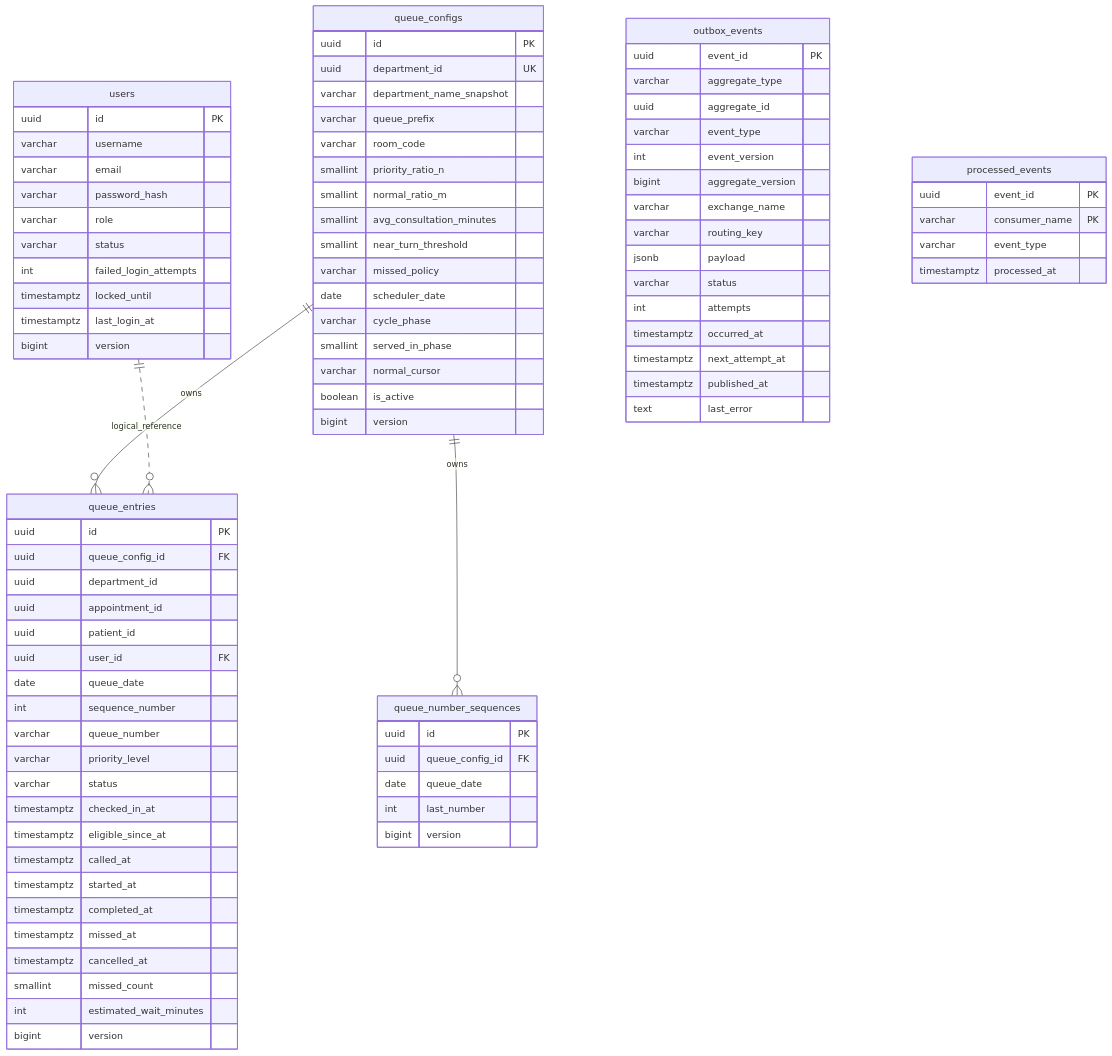
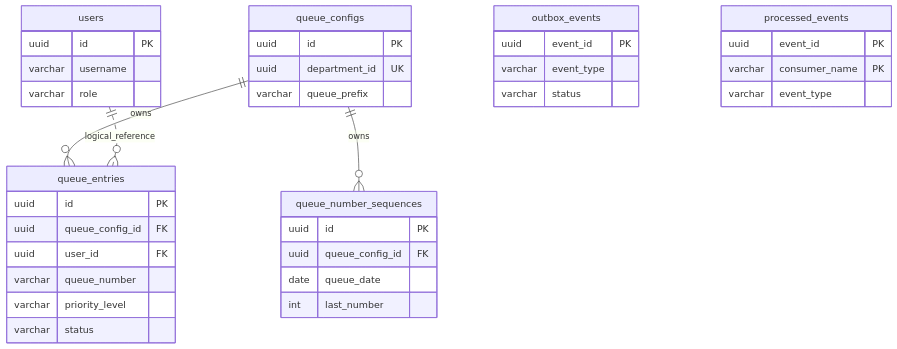
One commit to ntkhai268/careflow changed the diagram in README.md. Above: the diagram before and after it, drawn with Mermaid.

Commit message:
docs: simplify Mermaid ERD schema attributes for better layout

```diff
--- a/README.md
+++ b/README.md
@@ -97,33 +97,13 @@
     users {
         uuid id PK
         varchar username
-        varchar email
-        varchar password_hash
         varchar role
-        varchar status
-        int failed_login_attempts
-        timestamptz locked_until
-        timestamptz last_login_at
-        bigint version
     }
 
     queue_configs {
         uuid id PK
         uuid department_id UK
-        varchar department_name_snapshot
         varchar queue_prefix
-        varchar room_code
-        smallint priority_ratio_n
-        smallint normal_ratio_m
-        smallint avg_consultation_minutes
-        smallint near_turn_threshold
-        varchar missed_policy
-        date scheduler_date
-        varchar cycle_phase
-        smallint served_in_phase
-        varchar normal_cursor
-        boolean is_active
-        bigint version
     }
 
     queue_number_sequences {
@@ -131,56 +111,27 @@
         uuid queue_config_id FK
         date queue_date
         int last_number
-        bigint version
     }
 
     queue_entries {
         uuid id PK
         uuid queue_config_id FK
-        uuid department_id
-        uuid appointment_id
-        uuid patient_id
         uuid user_id FK
-        date queue_date
-        int sequence_number
         varchar queue_number
         varchar priority_level
         varchar status
-        timestamptz checked_in_at
-        timestamptz eligible_since_at
-        timestamptz called_at
-        timestamptz started_at
-        timestamptz completed_at
-        timestamptz missed_at
-        timestamptz cancelled_at
-        smallint missed_count
-        int estimated_wait_minutes
-        bigint version
     }
 
     outbox_events {
         uuid event_id PK
-        varchar aggregate_type
-        uuid aggregate_id
         varchar event_type
-        int event_version
-        bigint aggregate_version
-        varchar exchange_name
-        varchar routing_key
-        jsonb payload
         varchar status
-        int attempts
-        timestamptz occurred_at
-        timestamptz next_attempt_at
-        timestamptz published_at
-        text last_error
     }
 
     processed_events {
         uuid event_id PK
         varchar consumer_name PK
         varchar event_type
-        timestamptz processed_at
     }
 
     queue_configs ||--o{ queue_number_sequences : "owns"
```
